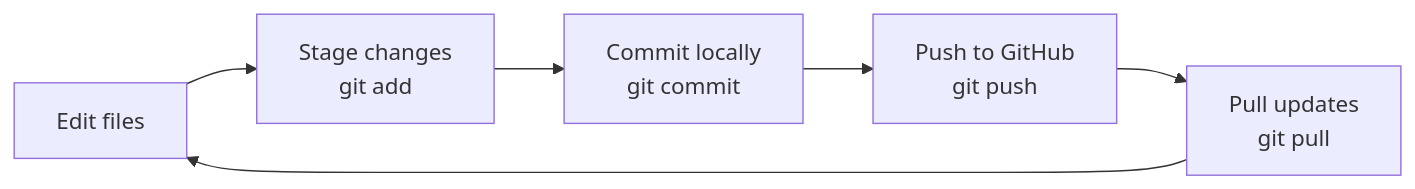
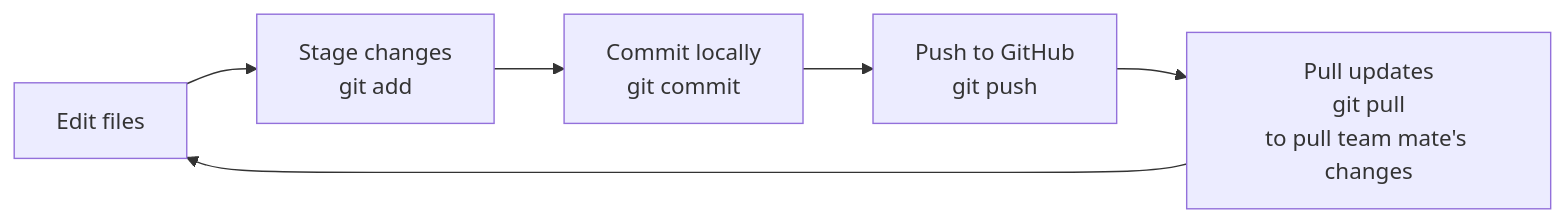
One commit to SturdyDave/git-learning changed the diagram in README.md. Above: the diagram before and after it, drawn with Mermaid. The commit also changed other lines of this file, not shown here.

````diff
--- a/README.md
+++ b/README.md
@@ -60,8 +61,8 @@
 ```mermaid
 flowchart LR
 	edit[Edit files] --> stage[Stage changes<br/>git add]
 	stage --> commit[Commit locally<br/>git commit]
 	commit --> push[Push to GitHub<br/>git push]
-	push --> pull[Pull updates<br/>git pull]
+	push --> pull[Pull updates<br/>git pull<br/>to pull team mate's changes]
 	pull --> edit
 ```
````
